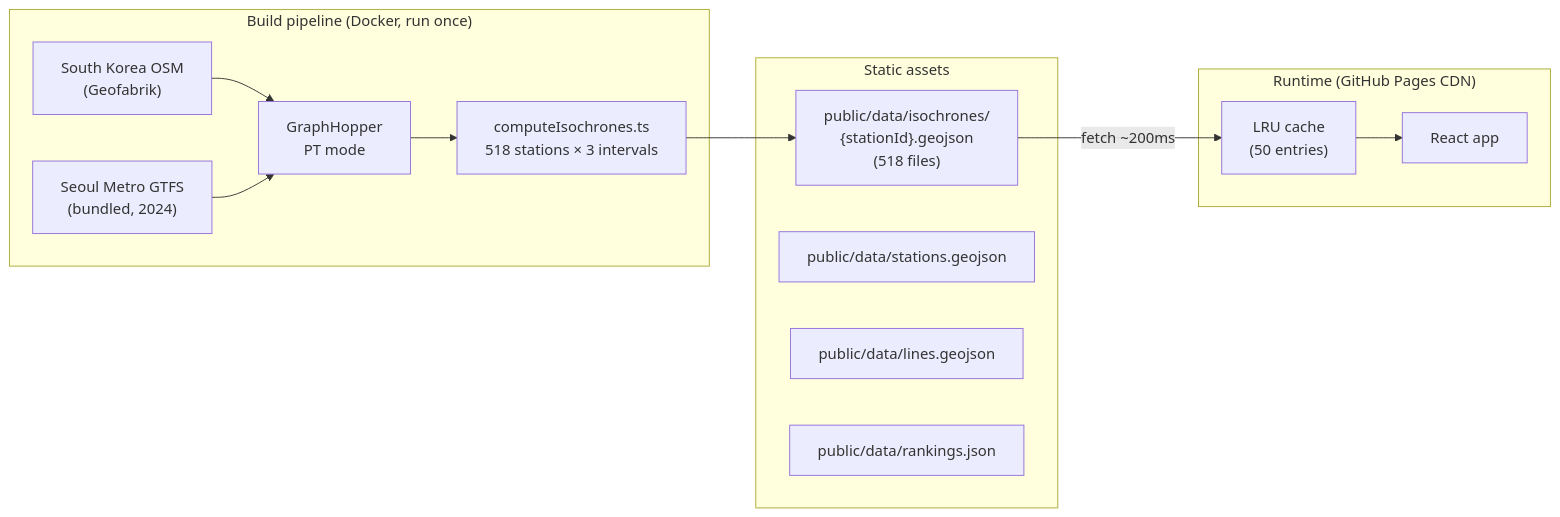
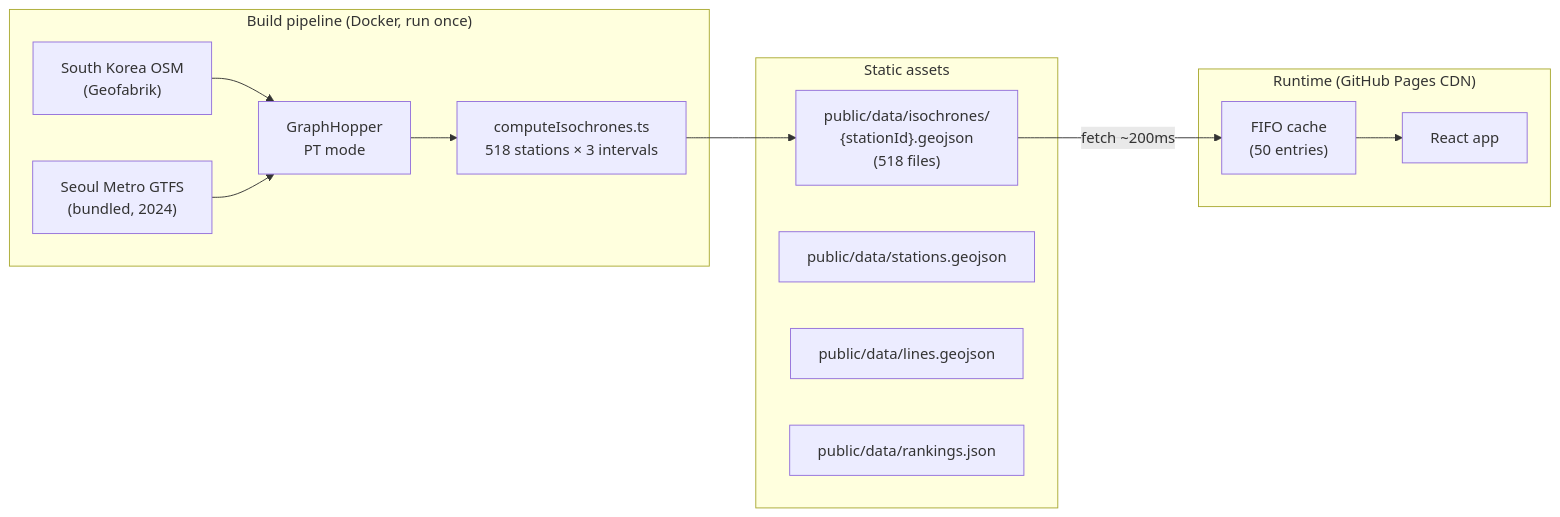
The diagram in README.md (matassp/seoul-isochrone), drawn with Mermaid before and after one commit. The commit also changed other lines of this file, not shown here.

````diff
--- a/README.md
+++ b/README.md
@@ -27,27 +27,27 @@
 ```mermaid
 flowchart LR
     subgraph build["Build pipeline (Docker, run once)"]
         OSM["South Korea OSM\n(Geofabrik)"]
         GTFS["Seoul Metro GTFS\n(bundled, 2024)"]
         GH["GraphHopper\nPT mode"]
         script["computeIsochrones.ts\n518 stations × 3 intervals"]
         OSM --> GH
         GTFS --> GH
         GH --> script
     end
 
     subgraph output["Static assets"]
         geojson["public/data/isochrones/\n{stationId}.geojson\n(518 files)"]
         stations["public/data/stations.geojson"]
         lines["public/data/lines.geojson"]
         rankings["public/data/rankings.json"]
         script --> geojson
     end
 
     subgraph runtime["Runtime (GitHub Pages CDN)"]
         app["React app"]
-        cache["LRU cache\n(50 entries)"]
+        cache["FIFO cache\n(50 entries)"]
         geojson -->|"fetch ~200ms"| cache
         cache --> app
     end
 ```
````
